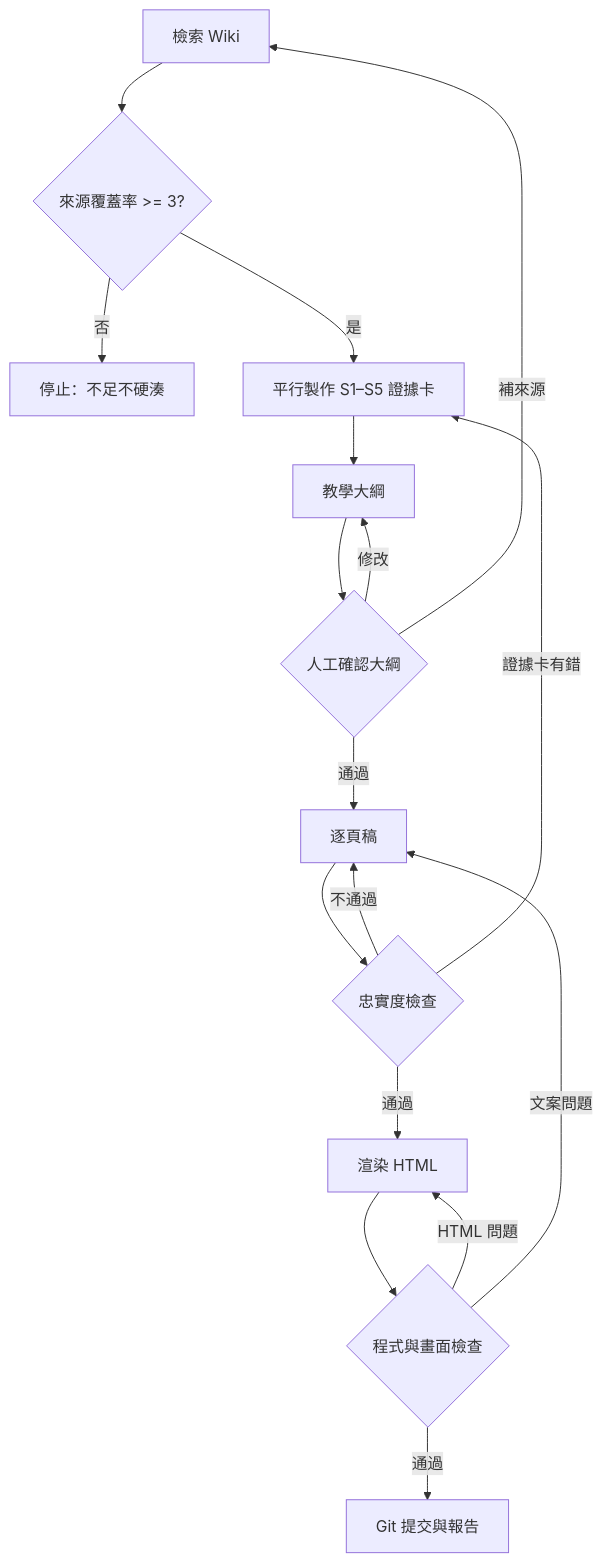
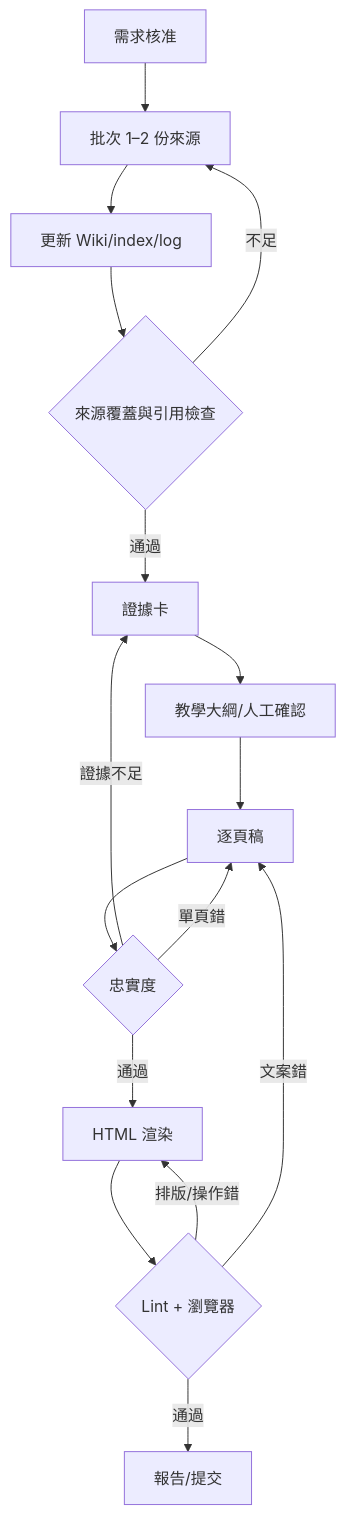
One commit to Ting-liu0103/calm-event-helper changed the diagram in rag-wiki-slides/.agents/workflows/topic-slides.md. Above: the diagram before and after it, drawn with Mermaid. The commit also changed other lines of this file and 6 other files, not shown here.

````diff
--- a/rag-wiki-slides/.agents/workflows/topic-slides.md
+++ b/rag-wiki-slides/.agents/workflows/topic-slides.md
@@ -3,19 +5,18 @@
 ```mermaid
 flowchart TD
- A[檢索 Wiki] --> B{來源覆蓋率 >= 3?}
- B -- 否 --> STOP[停止：不足不硬湊]
- B -- 是 --> C[平行製作 S1–S5 證據卡]
- C --> D[教學大綱]
- D --> E{人工確認大綱}
- E -- 修改 --> D
- E -- 補來源 --> A
- E -- 通過 --> F[逐頁稿]
- F --> G{忠實度檢查}
- G -- 不通過 --> F
- G -- 證據卡有錯 --> C
- G -- 通過 --> H[渲染 HTML]
- H --> I{程式與畫面檢查}
- I -- HTML 問題 --> H
- I -- 文案問題 --> F
- I -- 通過 --> J[Git 提交與報告]
+ A[需求核准] --> B[批次 1–2 份來源]
+ B --> C[更新 Wiki/index/log]
+ C --> D{來源覆蓋與引用檢查}
+ D -- 不足 --> B
+ D -- 通過 --> E[證據卡]
+ E --> F[教學大綱/人工確認]
+ F --> G[逐頁稿]
+ G --> H{忠實度}
+ H -- 證據不足 --> E
+ H -- 單頁錯 --> G
+ H -- 通過 --> I[HTML 渲染]
+ I --> J{Lint + 瀏覽器}
+ J -- 排版/操作錯 --> I
+ J -- 文案錯 --> G
+ J -- 通過 --> K[報告/提交]
 ```
````
